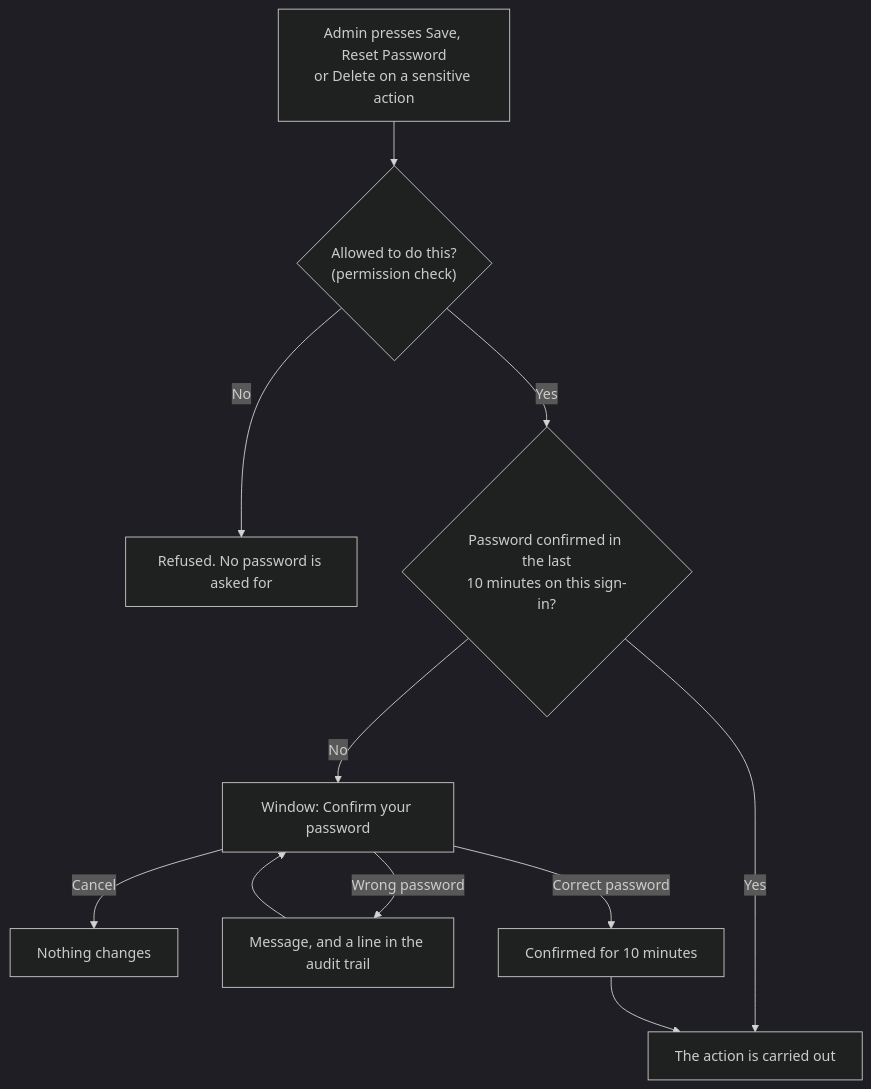
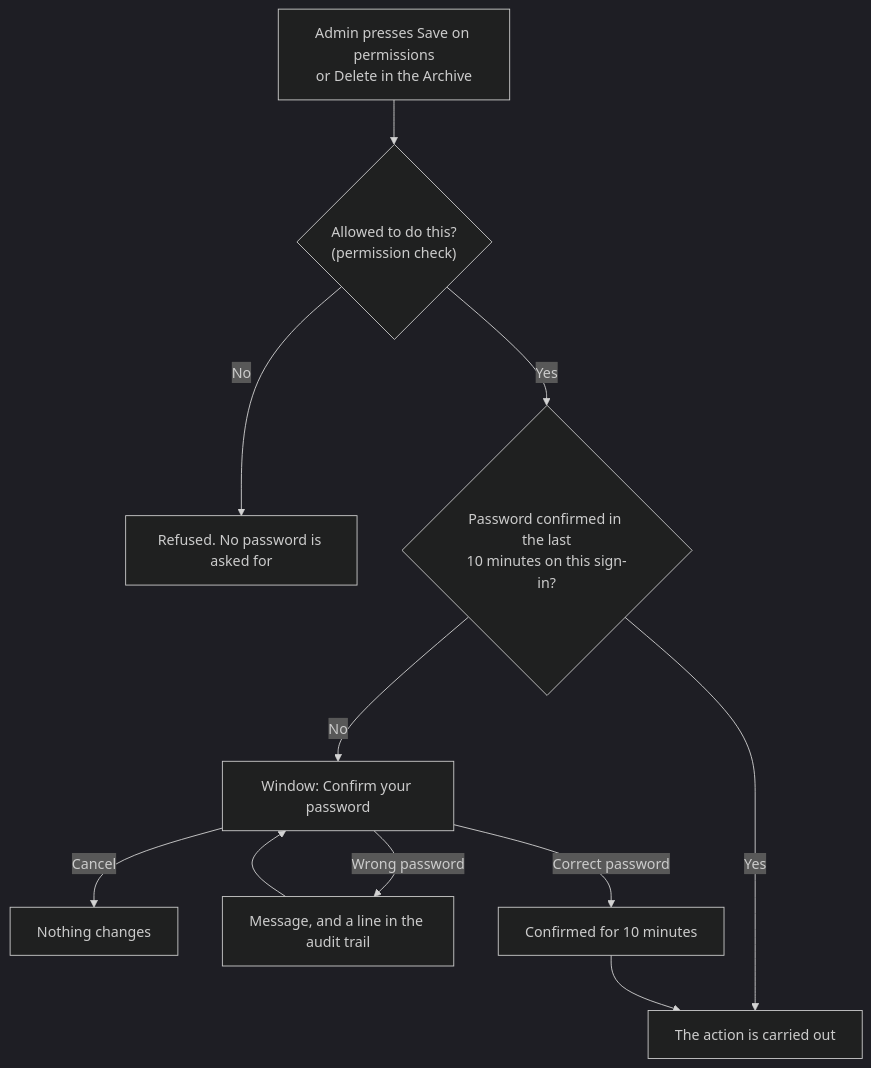
Before and after one commit to krulciferikaru/SWIFT: the eighth of 10 diagrams in docs/flowcharts.md, drawn with Mermaid (dark theme). The commit also changed other lines of this file and 29 other files, not shown here.

First line of the commit message:
Forgot password by text message; nobody can reset another person's password

````diff
--- a/docs/flowcharts.md
+++ b/docs/flowcharts.md
@@ -127,13 +127,13 @@
 ```mermaid
 flowchart TD
-  A["Admin presses Save, Reset Password<br/>or Delete on a sensitive action"] --> B{"Allowed to do this?<br/>(permission check)"}
+  A["Admin presses Save on permissions<br/>or Delete in the Archive"] --> B{"Allowed to do this?<br/>(permission check)"}
   B -- "No" --> C["Refused. No password is asked for"]
   B -- "Yes" --> D{"Password confirmed in the last<br/>10 minutes on this sign-in?"}
   D -- "Yes" --> E["The action is carried out"]
   D -- "No" --> F["Window: Confirm your password"]
   F -- "Cancel" --> G["Nothing changes"]
   F -- "Wrong password" --> H["Message, and a line in the audit trail"]
   H --> F
   F -- "Correct password" --> I["Confirmed for 10 minutes"]
   I --> E
 ```
````
